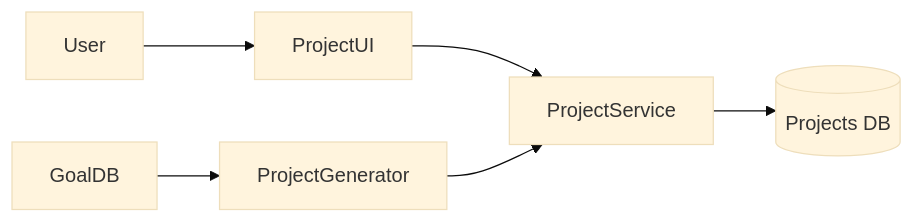
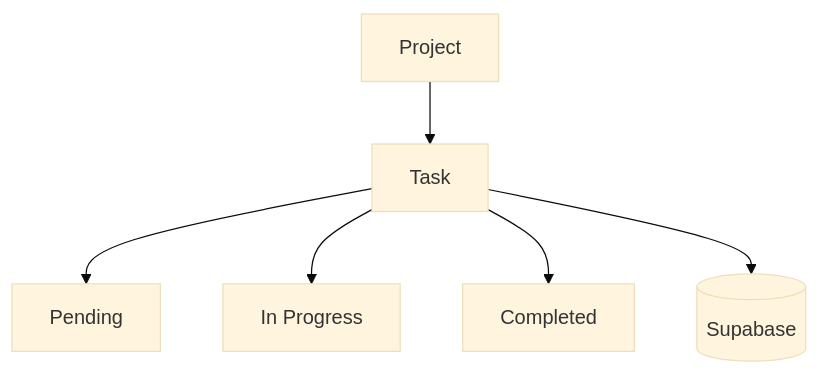
Before and after one commit to ArlagaddaMourya/habit_tracker: the sixth of 11 diagrams in README.md, drawn with Mermaid (base theme). The commit also changed other lines of this file and 6 other files, not shown here.

````diff
--- a/README.md
+++ b/README.md
@@ -234,13 +243,13 @@
 ```mermaid
-flowchart LR
+flowchart TD
 
-GoalDB --> ProjectGenerator
+    Project --> Task
 
-User --> ProjectUI
+    Task --> Todo[Pending]
 
-ProjectUI --> ProjectService
+    Task --> Progress[In Progress]
 
-ProjectGenerator --> ProjectService
+    Task --> Done[Completed]
 
-ProjectService --> ProjectDB[(Projects DB)]
+    Task --> DB[(Supabase)]
 ```
````
